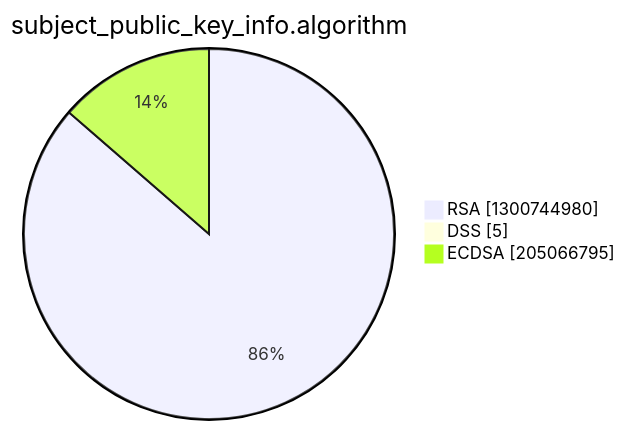
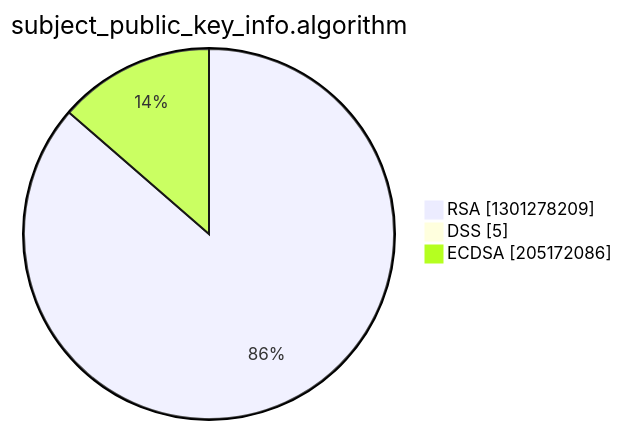
One commit to christiankrug/ctmonitor_visualization changed the third of 15 diagrams in argon2022/README.md. Above: the diagram before and after it, drawn with Mermaid. The commit also changed other lines of this file, not shown here.

````diff
--- a/argon2022/README.md
+++ b/argon2022/README.md
@@ -14,7 +14,7 @@
 ```mermaid
 pie showData
 title subject_public_key_info.algorithm
-"RSA" :1300744980
+"RSA" :1301278209
 "DSS" :5
-"ECDSA" :205066795
+"ECDSA" :205172086
 ```
````
